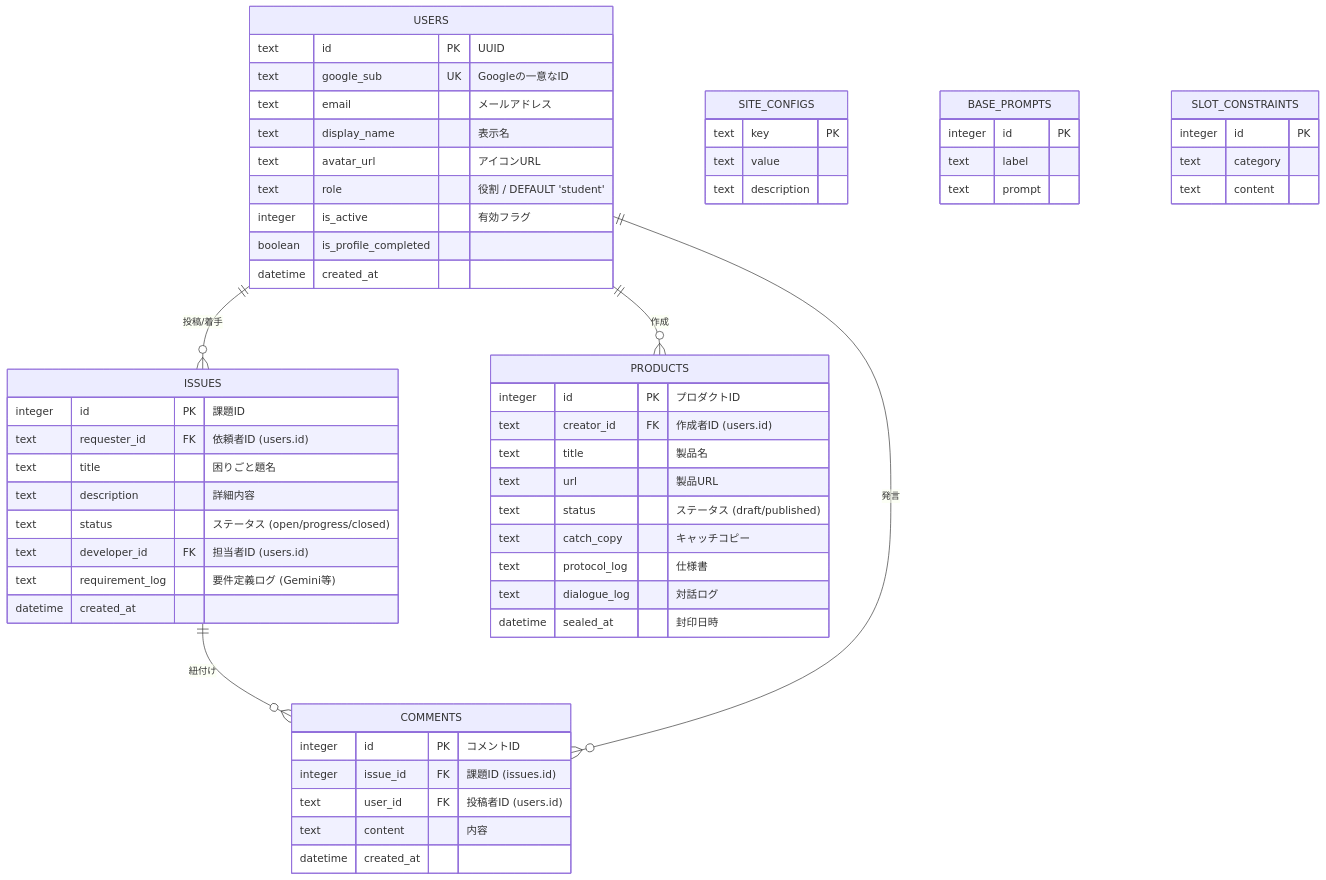
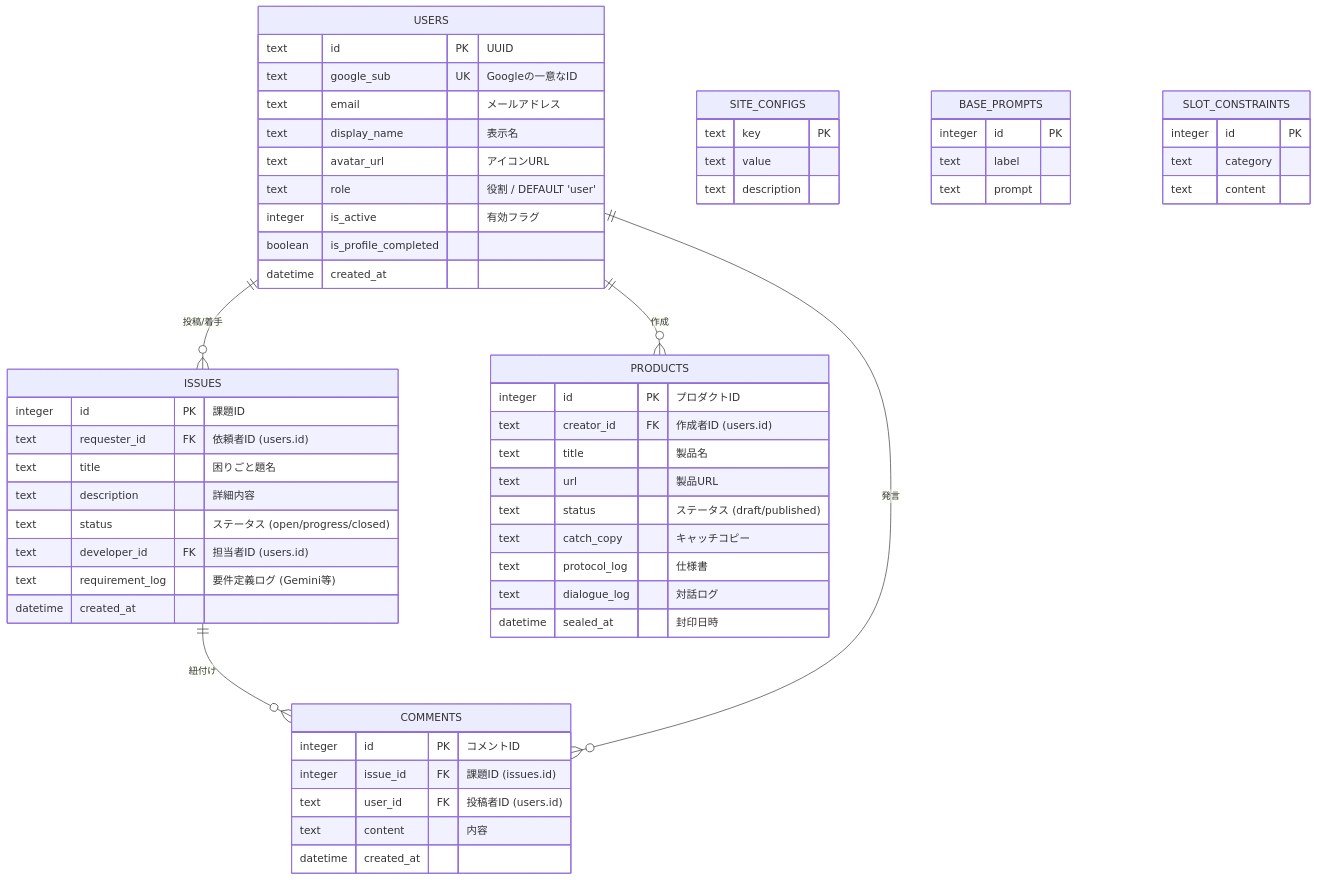
Before and after one commit to matsutanishimpei/m-komarabo-v2: the first of 2 diagrams in DOCS_SUMMARY.md, drawn with Mermaid. The commit also changed 8 other files, not shown here.

Commit message:
refactor: rename role 'student' to 'user' across codebase and DB

````diff
--- a/DOCS_SUMMARY.md
+++ b/DOCS_SUMMARY.md
@@ -53,68 +53,68 @@
 ```mermaid
 erDiagram
     USERS {
         text id PK "UUID"
         text google_sub UK "Googleの一意なID"
         text email "メールアドレス"
         text display_name "表示名"
         text avatar_url "アイコンURL"
-        text role "役割 / DEFAULT 'student'"
+        text role "役割 / DEFAULT 'user'"
         integer is_active "有効フラグ"
         boolean is_profile_completed
         datetime created_at
     }
 
     ISSUES {
         integer id PK "課題ID"
         text requester_id FK "依頼者ID (users.id)"
         text title "困りごと題名"
         text description "詳細内容"
         text status "ステータス (open/progress/closed)"
         text developer_id FK "担当者ID (users.id)"
         text requirement_log "要件定義ログ (Gemini等)"
         datetime created_at
     }
 
     COMMENTS {
         integer id PK "コメントID"
         integer issue_id FK "課題ID (issues.id)"
         text user_id FK "投稿者ID (users.id)"
         text content "内容"
         datetime created_at
     }
 
     PRODUCTS {
         integer id PK "プロダクトID"
         text creator_id FK "作成者ID (users.id)"
         text title "製品名"
         text url "製品URL"
         text status "ステータス (draft/published)"
         text catch_copy "キャッチコピー"
         text protocol_log "仕様書"
         text dialogue_log "対話ログ"
         datetime sealed_at "封印日時"
     }
 
     SITE_CONFIGS {
         text key PK
         text value
         text description
     }
 
     BASE_PROMPTS {
         integer id PK
         text label
         text prompt
     }
 
     SLOT_CONSTRAINTS {
         integer id PK
         text category
         text content
     }
 
     USERS ||--o{ ISSUES : "投稿/着手"
     ISSUES ||--o{ COMMENTS : "紐付け"
     USERS ||--o{ COMMENTS : "発言"
     USERS ||--o{ PRODUCTS : "作成"
 ```
````
